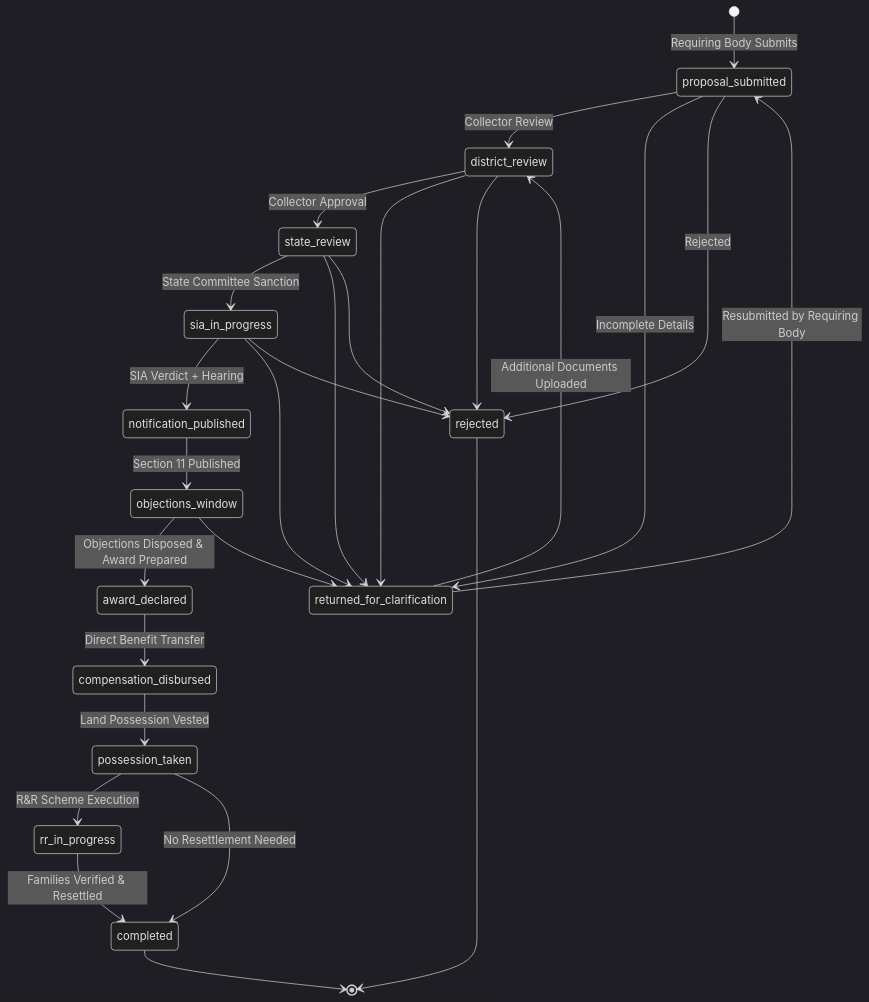
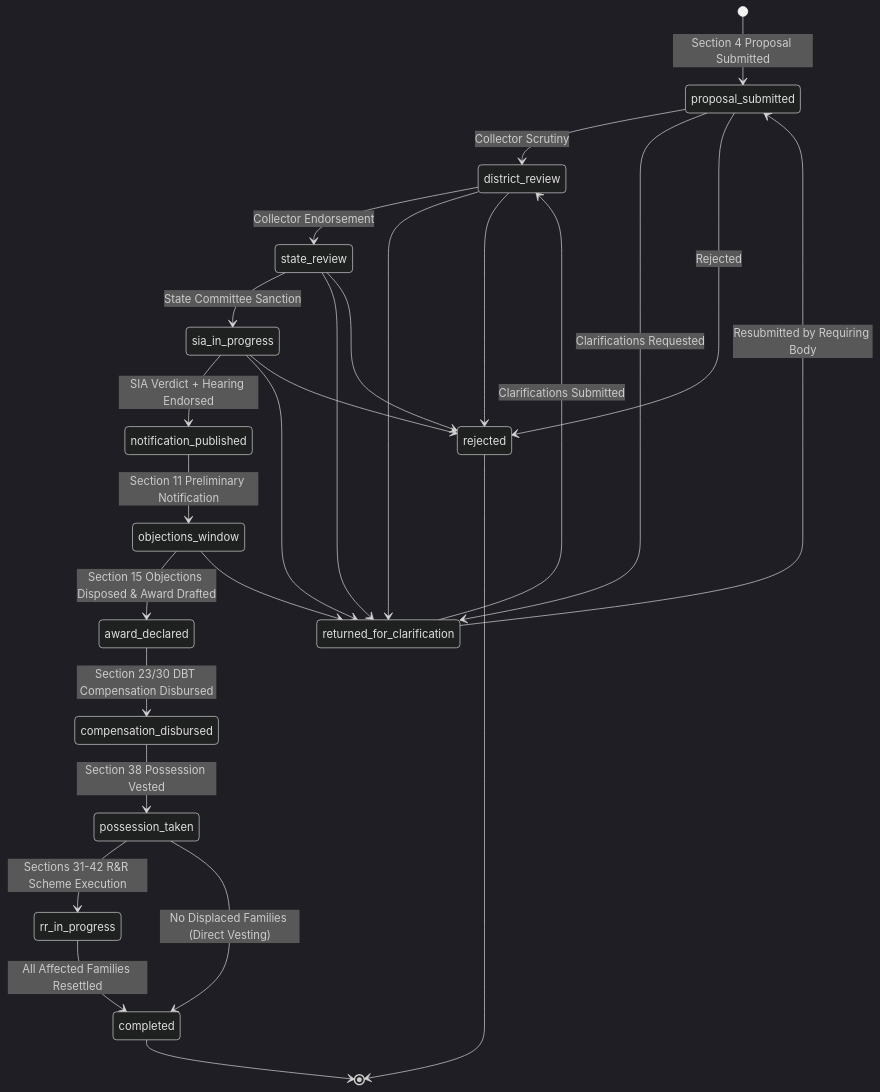
Before and after one commit to pranjalranjan27/LandSync: the diagram in README.md, drawn with Mermaid (dark theme). The commit also changed other lines of this file, not shown here.

````diff
--- a/README.md
+++ b/README.md
@@ -130,40 +201,40 @@
 ```mermaid
 stateDiagram-v2
-    [*] --> proposal_submitted: Requiring Body Submits
+    [*] --> proposal_submitted: Section 4 Proposal Submitted
     
-    proposal_submitted --> district_review: Collector Review
-    proposal_submitted --> returned_for_clarification: Incomplete Details
+    proposal_submitted --> district_review: Collector Scrutiny
+    proposal_submitted --> returned_for_clarification: Clarifications Requested
     proposal_submitted --> rejected: Rejected
     
-    district_review --> state_review: Collector Approval
+    district_review --> state_review: Collector Endorsement
     district_review --> returned_for_clarification
     district_review --> rejected
     
     state_review --> sia_in_progress: State Committee Sanction
     state_review --> returned_for_clarification
     state_review --> rejected
     
-    sia_in_progress --> notification_published: SIA Verdict + Hearing
+    sia_in_progress --> notification_published: SIA Verdict + Hearing Endorsed
     sia_in_progress --> returned_for_clarification
     sia_in_progress --> rejected
     
-    notification_published --> objections_window: Section 11 Published
+    notification_published --> objections_window: Section 11 Preliminary Notification
     
-    objections_window --> award_declared: Objections Disposed & Award Prepared
+    objections_window --> award_declared: Section 15 Objections Disposed & Award Drafted
     objections_window --> returned_for_clarification
     
-    award_declared --> compensation_disbursed: Direct Benefit Transfer
+    award_declared --> compensation_disbursed: Section 23/30 DBT Compensation Disbursed
     
-    compensation_disbursed --> possession_taken: Land Possession Vested
+    compensation_disbursed --> possession_taken: Section 38 Possession Vested
     
-    possession_taken --> rr_in_progress: R&R Scheme Execution
-    possession_taken --> completed: No Resettlement Needed
+    possession_taken --> rr_in_progress: Sections 31-42 R&R Scheme Execution
+    possession_taken --> completed: No Displaced Families (Direct Vesting)
     
-    rr_in_progress --> completed: Families Verified & Resettled
+    rr_in_progress --> completed: All Affected Families Resettled
     
     returned_for_clarification --> proposal_submitted: Resubmitted by Requiring Body
-    returned_for_clarification --> district_review: Additional Documents Uploaded
+    returned_for_clarification --> district_review: Clarifications Submitted
     
     rejected --> [*]
     completed --> [*]
 ```
````
